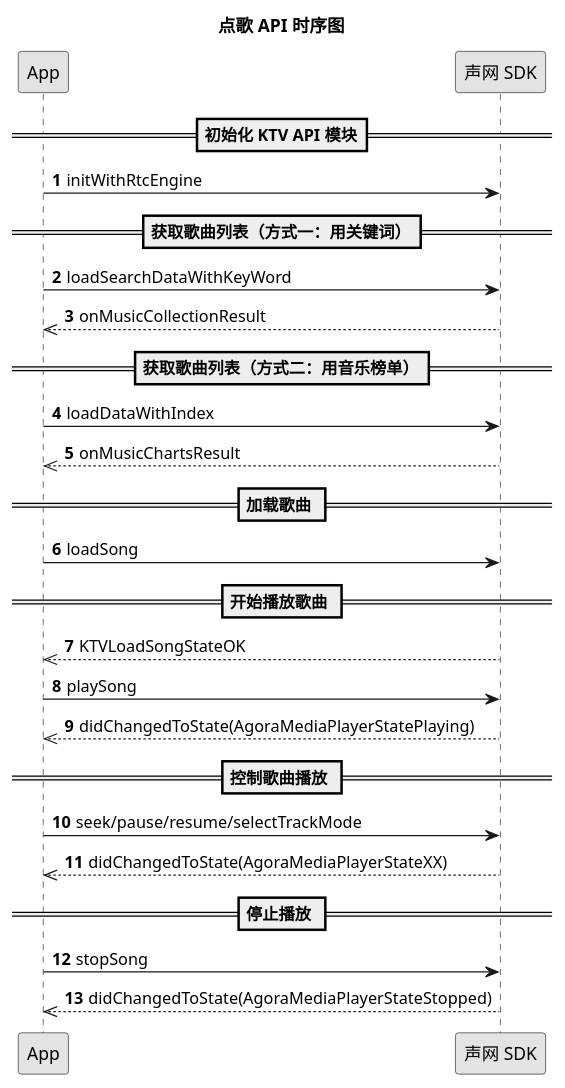
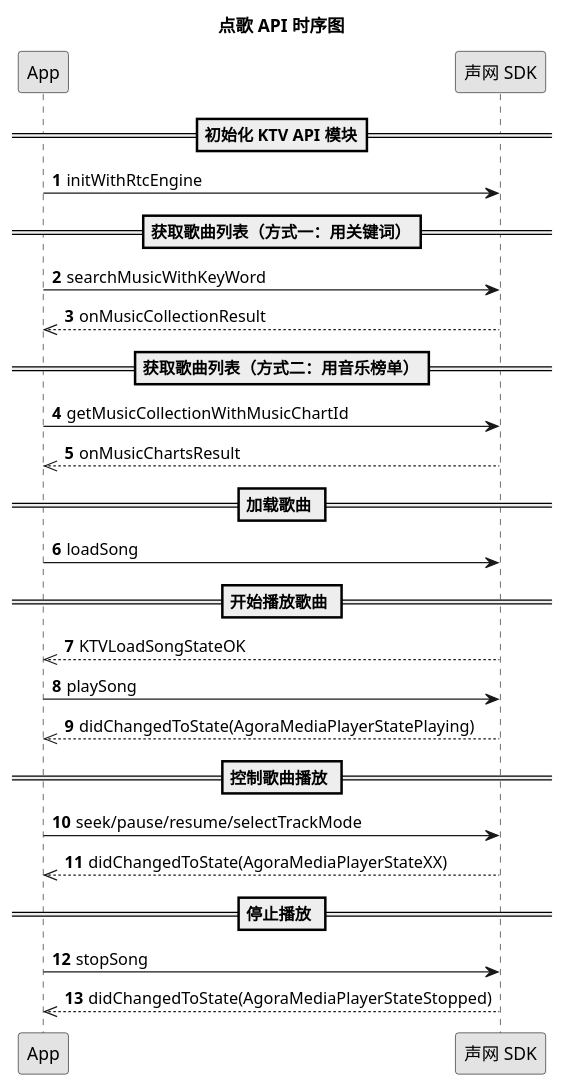
Before and after one commit to AgoraIO/agora_doc_source: the diagram in markdown/online-ktv/改进/场景化方案/iOS/实现文档/点歌.wsd, drawn with PlantUML. The commit also changed 1 other file, not shown here.

```diff
--- a/markdown/online-ktv/改进/场景化方案/iOS/实现文档/点歌.wsd
+++ b/markdown/online-ktv/改进/场景化方案/iOS/实现文档/点歌.wsd
@@ -1,27 +1,27 @@
 @startuml
 title 点歌 API 时序图
 autonumber
 skinparam monochrome true
 participant "App" as a
 participant "声网 SDK" as b
 == 初始化 KTV API 模块==
 a -> b: initWithRtcEngine
 == 获取歌曲列表（方式一：用关键词）==
-a -> b: loadSearchDataWithKeyWord
+a -> b: searchMusicWithKeyWord
 b -->> a: onMusicCollectionResult
 == 获取歌曲列表（方式二：用音乐榜单）==
-a -> b: loadDataWithIndex
+a -> b: getMusicCollectionWithMusicChartId
 b -->> a: onMusicChartsResult
 == 加载歌曲 ==
 a -> b: loadSong
 == 开始播放歌曲 ==
 b -->> a: KTVLoadSongStateOK
 a -> b: playSong
 b -->> a: didChangedToState(AgoraMediaPlayerStatePlaying)
 == 控制歌曲播放 ==
 a ->b: seek/pause/resume/selectTrackMode
 b -->> a: didChangedToState(AgoraMediaPlayerStateXX)
 == 停止播放 ==
 a -> b: stopSong
 b -->> a: didChangedToState(AgoraMediaPlayerStateStopped)
 @enduml
```
